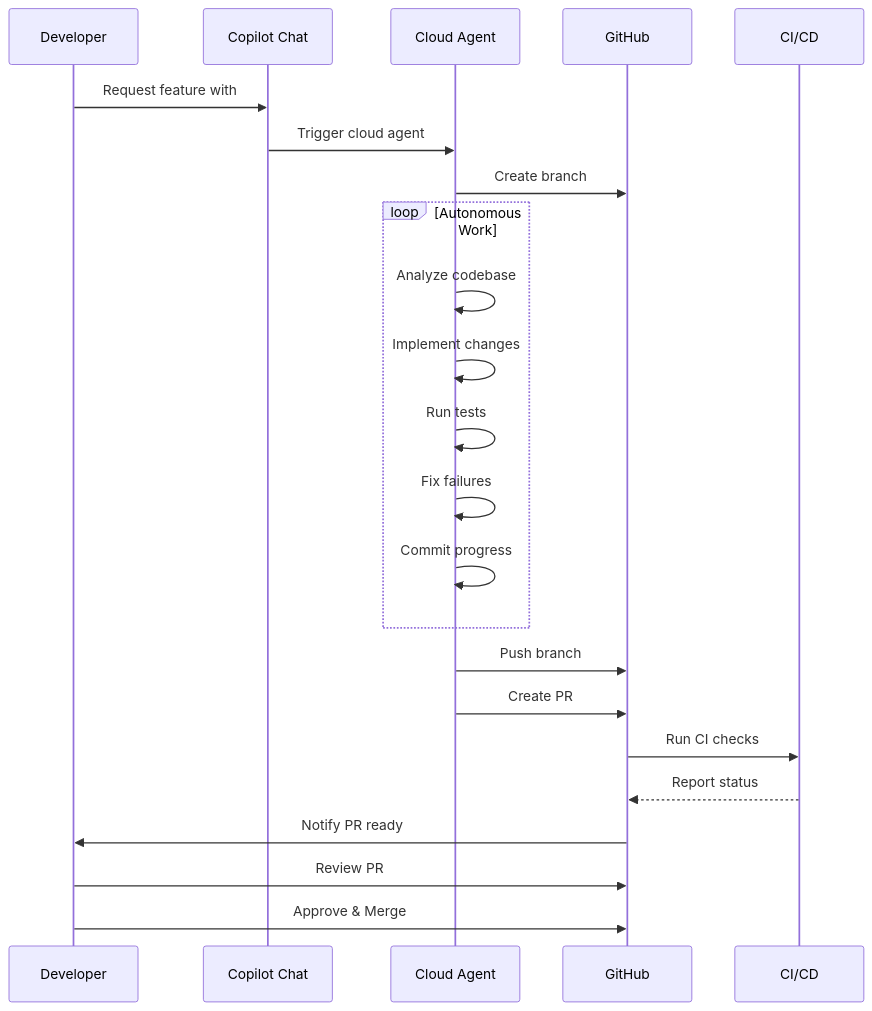
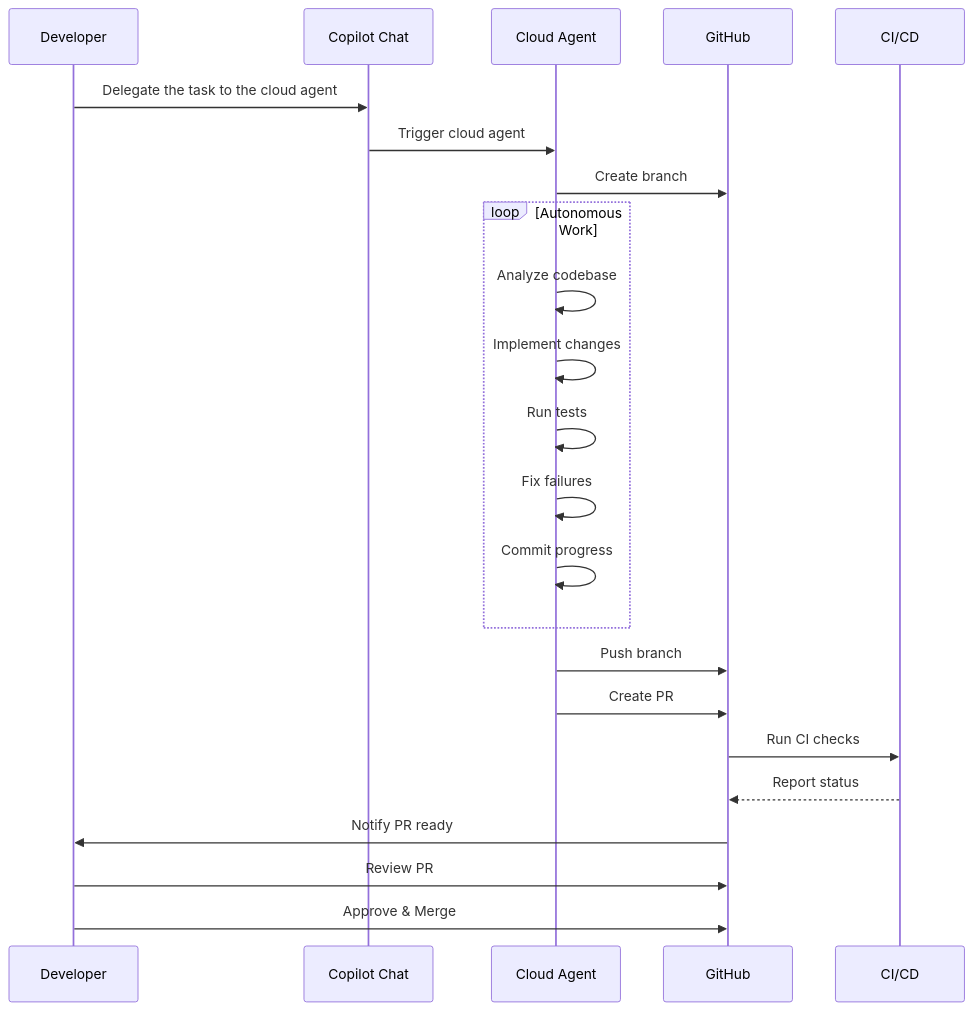
Before and after one commit to qahramantaha/ai-assisted-programming-module: the diagram in lectures-and-labs/week06/agents_lab/part4_cloud_agent/README.md, drawn with Mermaid. The commit also changed other lines of this file and 21 other files, not shown here.

````diff
--- a/lectures-and-labs/week06/agents_lab/part4_cloud_agent/README.md
+++ b/lectures-and-labs/week06/agents_lab/part4_cloud_agent/README.md
@@ -15,29 +17,29 @@
 ```mermaid
 sequenceDiagram
     participant Dev as Developer
     participant Chat as Copilot Chat
     participant Cloud as Cloud Agent
     participant GH as GitHub
     participant CI as CI/CD
     
-    Dev->>Chat: Request feature with #github-pull-request_copilot-coding-agent
+    Dev->>Chat: Delegate the task to the cloud agent
     Chat->>Cloud: Trigger cloud agent
     Cloud->>GH: Create branch
     
     loop Autonomous Work
         Cloud->>Cloud: Analyze codebase
         Cloud->>Cloud: Implement changes
         Cloud->>Cloud: Run tests
         Cloud->>Cloud: Fix failures
         Cloud->>Cloud: Commit progress
     end
     
     Cloud->>GH: Push branch
     Cloud->>GH: Create PR
     GH->>CI: Run CI checks
     CI-->>GH: Report status
     GH->>Dev: Notify PR ready
     
     Dev->>GH: Review PR
     Dev->>GH: Approve & Merge
 ```
````
